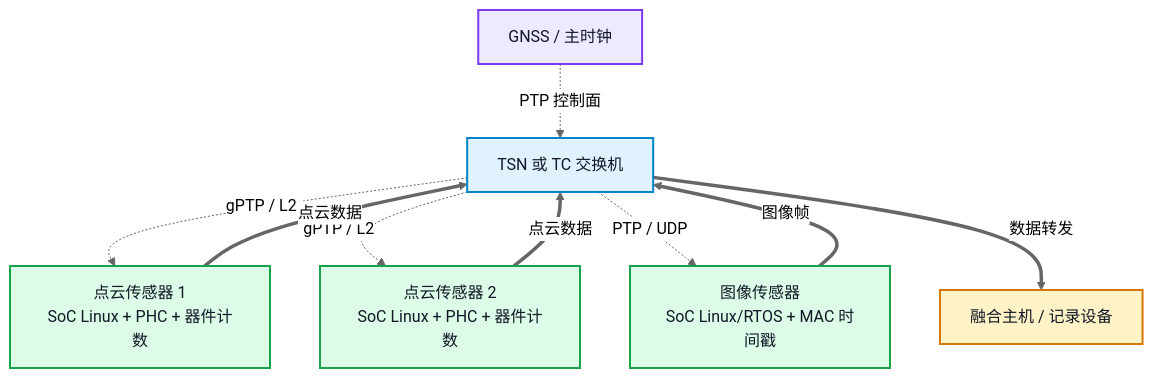
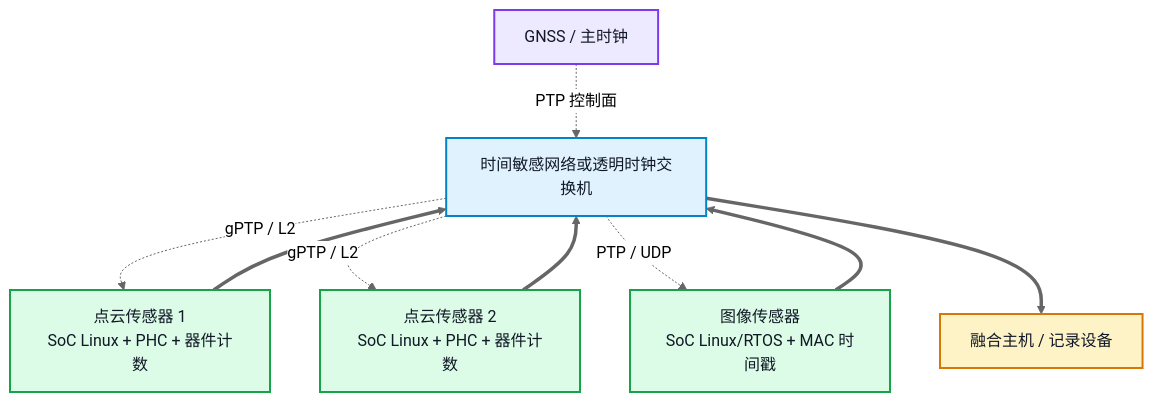
Before and after one commit to DeguiLiu/tech-notes: the fifth of 5 diagrams in content/posts/architecture/ptp_network_module_design.md, drawn with Mermaid (neutral theme). The commit also changed other lines of this file, not shown here.

````diff
--- a/content/posts/architecture/ptp_network_module_design.md
+++ b/content/posts/architecture/ptp_network_module_design.md
@@ -537,27 +541,27 @@
 ```mermaid
 flowchart TB
     GM["GNSS / 主时钟"]
-    SW["TSN 或 TC 交换机"]
+    SW["时间敏感网络或透明时钟交换机"]
     L1["点云传感器 1<br/>SoC Linux + PHC + 器件计数"]
     L2["点云传感器 2<br/>SoC Linux + PHC + 器件计数"]
     IR["图像传感器<br/>SoC Linux/RTOS + MAC 时间戳"]
     HOST["融合主机 / 记录设备"]
 
     GM -.->|"PTP 控制面"| SW
     SW -.->|"gPTP / L2"| L1
     SW -.->|"gPTP / L2"| L2
     SW -.->|"PTP / UDP"| IR
-    L1 ==>|"点云数据"| SW
-    L2 ==>|"点云数据"| SW
-    IR ==>|"图像帧"| SW
-    SW ==>|"数据转发"| HOST
+    L1 ==> SW
+    L2 ==> SW
+    IR ==> SW
+    SW ==> HOST
 
     classDef master fill:#ede9fe,stroke:#7c3aed,stroke-width:2px,color:#111827
     classDef net fill:#e0f2fe,stroke:#0284c7,stroke-width:2px,color:#111827
     classDef sensor fill:#dcfce7,stroke:#16a34a,stroke-width:2px,color:#111827
     classDef host fill:#fef3c7,stroke:#d97706,stroke-width:2px,color:#111827
     class GM master
     class SW net
     class L1,L2,IR sensor
     class HOST host
 ```
````
